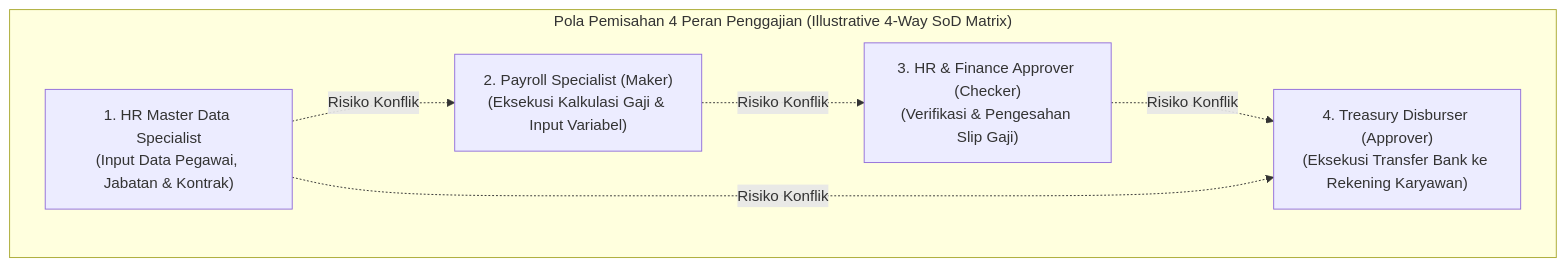
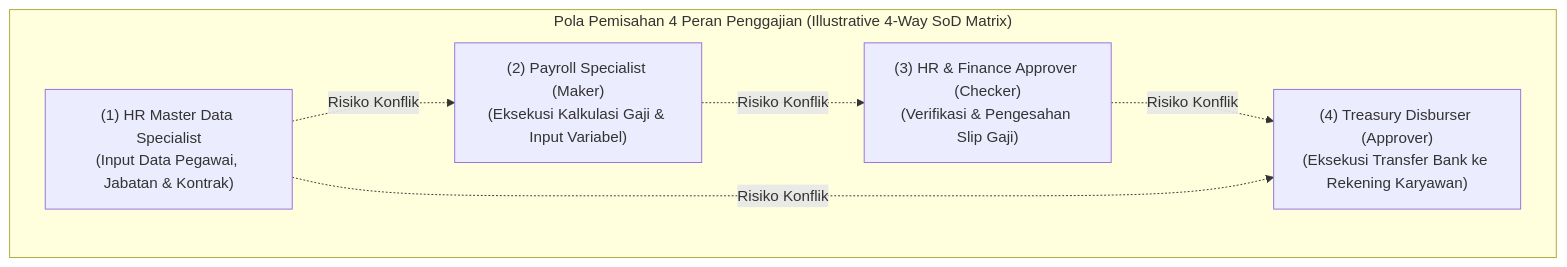
One commit to alimurrofid/erp-notes changed the diagram in content/10-hr/hr-controls-and-governance.md. Above: the diagram before and after it, drawn with Mermaid. The commit also changed 132 other files, not shown here.

````diff
--- a/content/10-hr/hr-controls-and-governance.md
+++ b/content/10-hr/hr-controls-and-governance.md
@@ -29,14 +29,14 @@
 ```mermaid
 flowchart TD
     subgraph ROLES["Pola Pemisahan 4 Peran Penggajian (Illustrative 4-Way SoD Matrix)"]
-        R1["1. HR Master Data Specialist<br/>(Input Data Pegawai, Jabatan & Kontrak)"]
-        R2["2. Payroll Specialist (Maker)<br/>(Eksekusi Kalkulasi Gaji & Input Variabel)"]
-        R3["3. HR & Finance Approver (Checker)<br/>(Verifikasi & Pengesahan Slip Gaji)"]
-        R4["4. Treasury Disburser (Approver)<br/>(Eksekusi Transfer Bank ke Rekening Karyawan)"]
+        R1["(1) HR Master Data Specialist<br/>(Input Data Pegawai, Jabatan & Kontrak)"]
+        R2["(2) Payroll Specialist (Maker)<br/>(Eksekusi Kalkulasi Gaji & Input Variabel)"]
+        R3["(3) HR & Finance Approver (Checker)<br/>(Verifikasi & Pengesahan Slip Gaji)"]
+        R4["(4) Treasury Disburser (Approver)<br/>(Eksekusi Transfer Bank ke Rekening Karyawan)"]
     end
 
     R1 -. "Risiko Konflik" .-> R2
     R2 -. "Risiko Konflik" .-> R3
     R3 -. "Risiko Konflik" .-> R4
     R1 -. "Risiko Konflik" .-> R4
 ```
````
